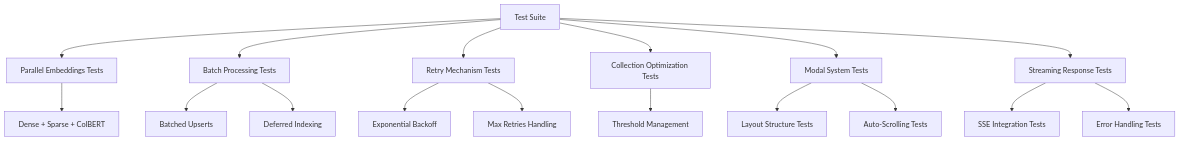
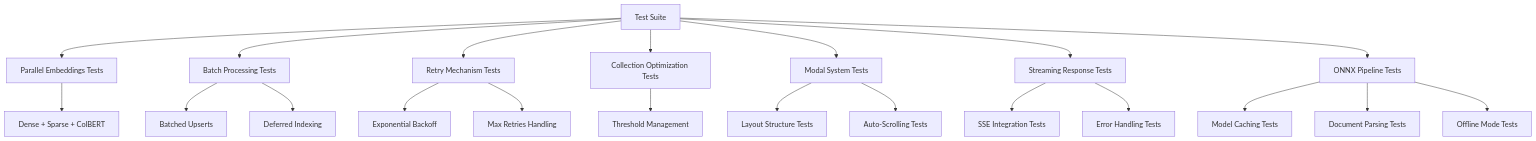
Before and after one commit to ognelis/cafetera_hr_bot: diagram 19 of 19 in .qoder/repowiki/en/content/Document Management System.md, drawn with Mermaid. The commit also changed other lines of this file and 69 other files, not shown here.

````diff
--- a/.qoder/repowiki/en/content/Document Management System.md
+++ b/.qoder/repowiki/en/content/Document Management System.md
@@ -519,26 +649,31 @@
 ```mermaid
 graph TB
 TestSuite["Test Suite"]
 ParallelTests["Parallel Embeddings Tests"]
 BatchTests["Batch Processing Tests"]
 RetryTests["Retry Mechanism Tests"]
 OptimizeTests["Collection Optimization Tests"]
 ModalTests["Modal System Tests"]
 StreamingTests["Streaming Response Tests"]
+ONNXTests["ONNX Pipeline Tests"]
 TestSuite --> ParallelTests
 TestSuite --> BatchTests
 TestSuite --> RetryTests
 TestSuite --> OptimizeTests
 TestSuite --> ModalTests
 TestSuite --> StreamingTests
+TestSuite --> ONNXTests
 ParallelTests --> DenseSparseColBERT["Dense + Sparse + ColBERT"]
 BatchTests --> BatchUpsert["Batched Upserts"]
 BatchTests --> DeferredIndexing["Deferred Indexing"]
 RetryTests --> ExponentialBackoff["Exponential Backoff"]
 RetryTests --> MaxRetries["Max Retries Handling"]
 OptimizeTests --> ThresholdManagement["Threshold Management"]
 ModalTests --> LayoutStructure["Layout Structure Tests"]
 ModalTests --> AutoScrolling["Auto-Scrolling Tests"]
 StreamingTests --> SSEIntegration["SSE Integration Tests"]
 StreamingTests --> ErrorHandling["Error Handling Tests"]
+ONNXTests --> ModelCaching["Model Caching Tests"]
+ONNXTests --> DocumentParsing["Document Parsing Tests"]
+ONNXTests --> OfflineMode["Offline Mode Tests"]
 ```
````
